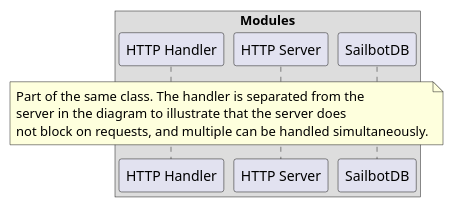
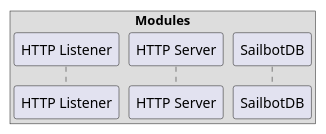
Before and after one commit to UBCSailbot/network_systems: the diagram in projects/remote_transceiver/diagrams/common.puml, drawn with PlantUML. The commit also changed 6 other files, not shown here.

```diff
--- a/projects/remote_transceiver/diagrams/common.puml
+++ b/projects/remote_transceiver/diagrams/common.puml
@@ -2,15 +2,9 @@
 @startuml common
 
 box Modules
-participant "HTTP Handler" as handler
+participant "HTTP Listener" as handler
 participant "HTTP Server" as server
 participant SailbotDB as db
 end box
 
-note over handler, server
-    Part of the same class. The handler is separated from the
-    server in the diagram to illustrate that the server does
-    not block on requests, and multiple can be handled simultaneously.
-end note
-
 @endmul
```
